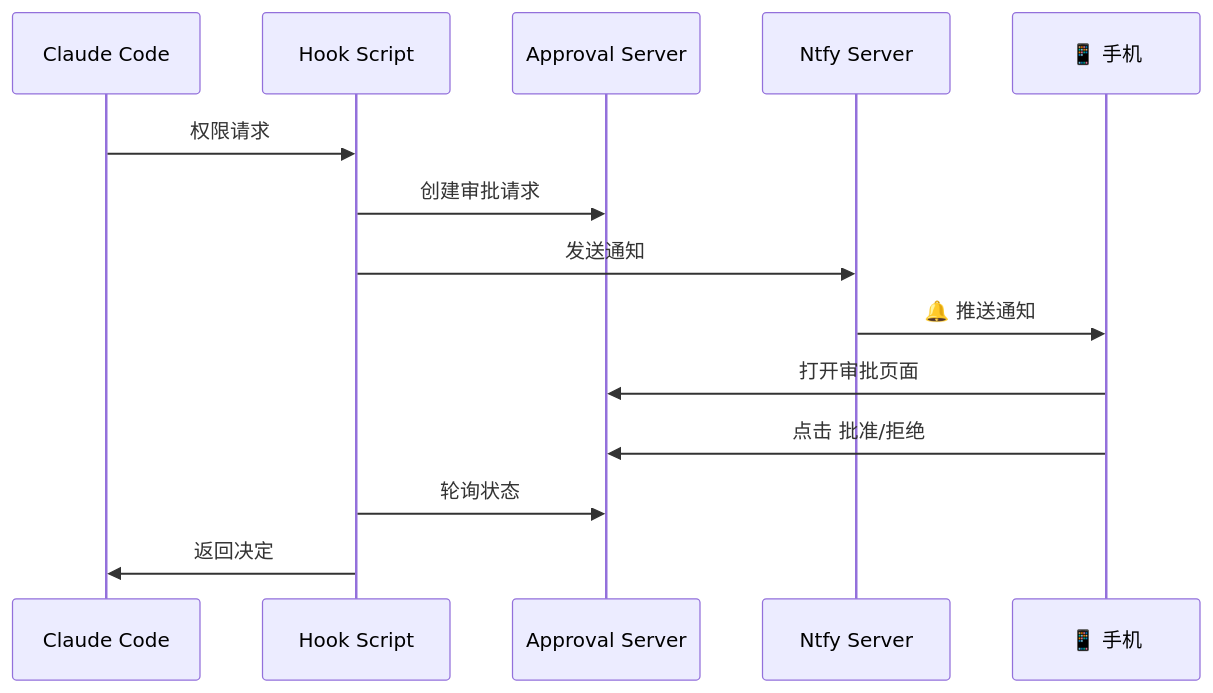
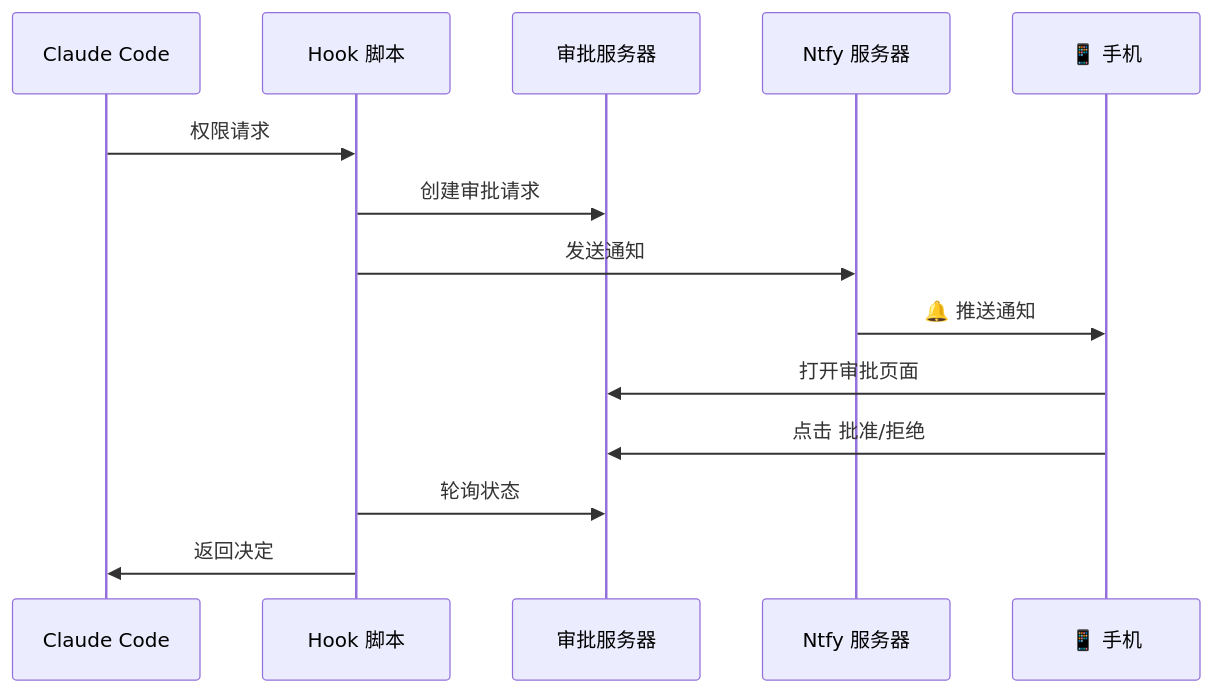
The second of 2 diagrams in README.md (astro-nexus-ai/claude-mobile-approver), drawn with Mermaid before and after one commit. The commit also changed other lines of this file, not shown here.

````diff
--- a/README.md
+++ b/README.md
@@ -46,17 +200,17 @@
 ```mermaid
 sequenceDiagram
     participant Claude as Claude Code
-    participant Hook as Hook Script
-    participant Server as Approval Server
-    participant Ntfy as Ntfy Server
+    participant Hook as Hook 脚本
+    participant Server as 审批服务器
+    participant Ntfy as Ntfy 服务器
     participant Mobile as 📱 手机
 
     Claude->>Hook: 权限请求
     Hook->>Server: 创建审批请求
     Hook->>Ntfy: 发送通知
     Ntfy->>Mobile: 🔔 推送通知
     Mobile->>Server: 打开审批页面
     Mobile->>Server: 点击 批准/拒绝
     Hook->>Server: 轮询状态
     Hook->>Claude: 返回决定
 ```
````
